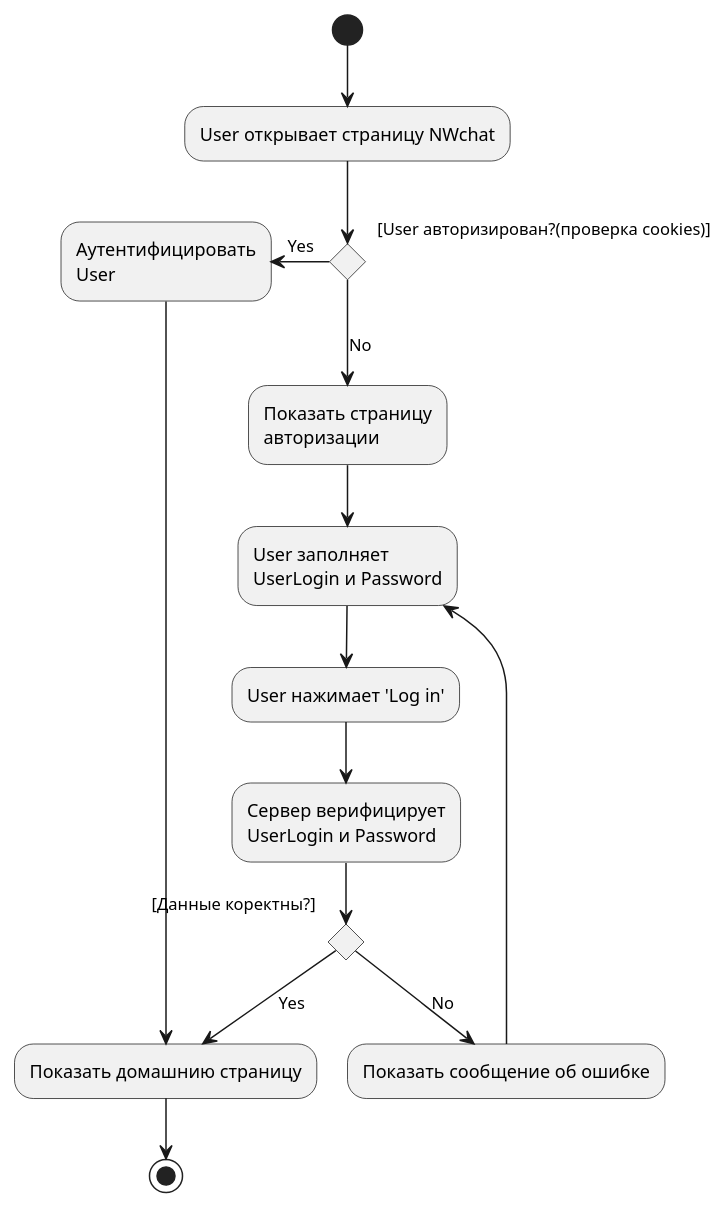
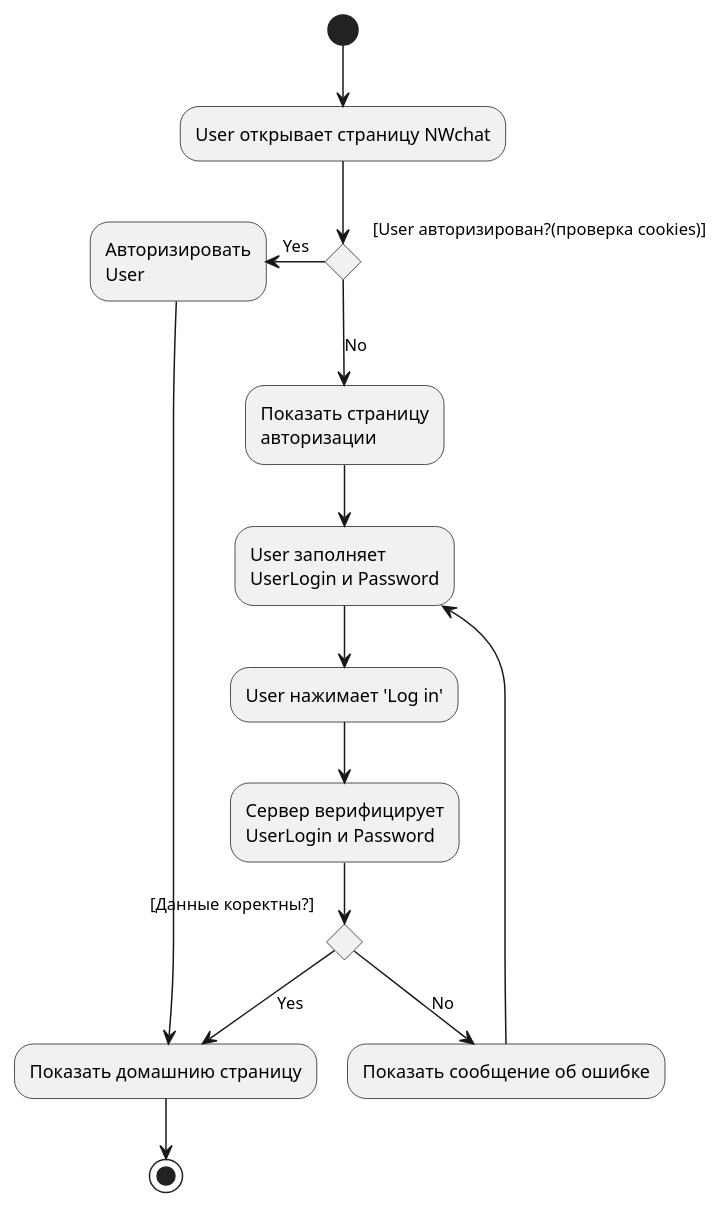
The diagram in UML/activity/login_activity.puml (Pahoomich/nwchat), drawn with PlantUML before and after one commit. The commit also changed 2 other files, not shown here.

Commit message:
refactoring Deployment diagram, create report state

```diff
--- a/UML/activity/login_activity.puml
+++ b/UML/activity/login_activity.puml
@@ -1,23 +1,23 @@
 @startuml
 
 (*) --> "User открывает страницу NWchat" as init
 if "[User авторизирован?(проверка cookies)]" then
-  -left->[Yes] "Аутентифицировать
-                           User"
+  -left->[Yes] "Авторизировать
+  User"
   --> "Показать домашнию страницу" as home
   --> (*)
   else
     -->[No] "Показать страницу
     авторизации"
    --> "User заполняет
     UserLogin и Password" as fills
    --> "User нажимает 'Log in'"
    --> "Сервер верифицирует
     UserLogin и Password"
    if "[Данные коректны?]" then
     -->[Yes] home
    else
     -->[No] "Показать сообщение об ошибке"
     -->fills
 endif
 @enduml
```
